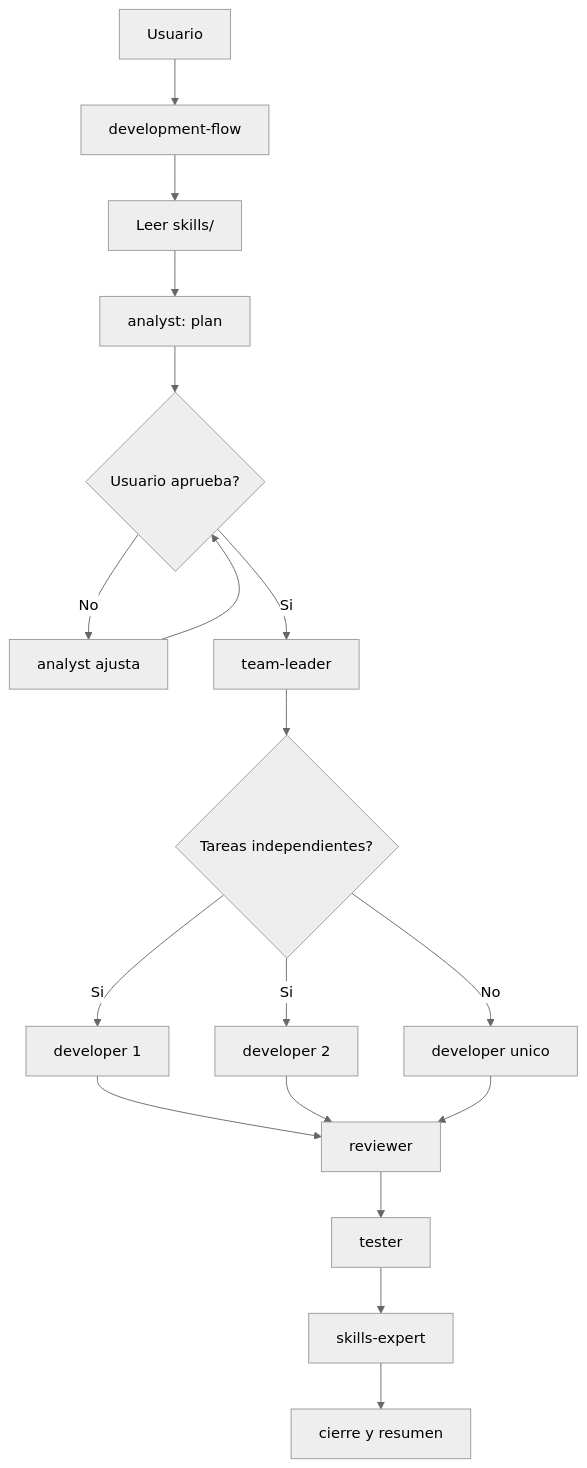
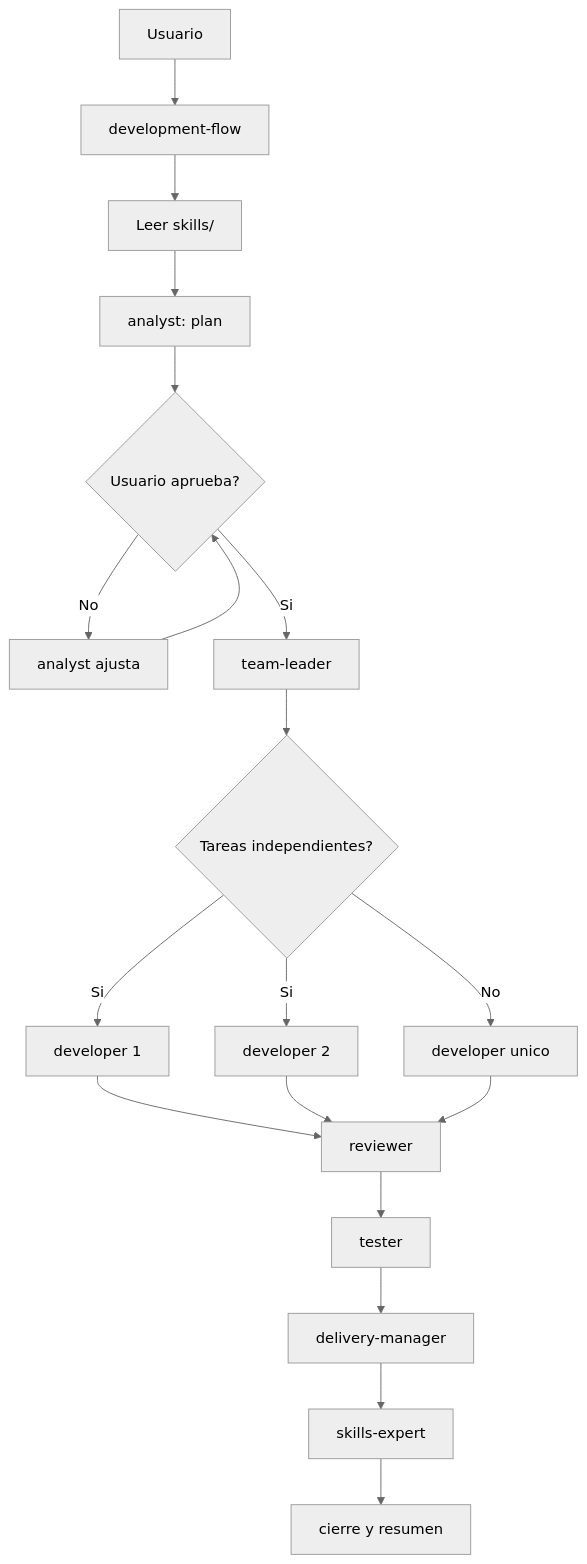
One commit to yasniel1408/inventory-reservation-system changed the diagram in .agents/ARCHITECTURE.md. Above: the diagram before and after it, drawn with Mermaid (neutral theme). The commit also changed other lines of this file and 20 other files, not shown here.

First line of the commit message:
feat: introduce delivery-manager role and handoff process

````diff
--- a/.agents/ARCHITECTURE.md
+++ b/.agents/ARCHITECTURE.md
@@ -325,20 +366,21 @@
 ```mermaid
 flowchart TD
     U["Usuario"] --> DF["development-flow"]
     DF --> SK["Leer skills/"]
     SK --> A["analyst: plan"]
     A --> G{"Usuario aprueba?"}
     G -- "No" --> AX["analyst ajusta"]
     AX --> G
     G -- "Si" --> TL["team-leader"]
     TL --> P{"Tareas independientes?"}
     P -- "Si" --> D1["developer 1"]
     P -- "Si" --> D2["developer 2"]
     P -- "No" --> D["developer unico"]
     D1 --> R["reviewer"]
     D2 --> R
     D --> R
     R --> T["tester"]
-    T --> SE["skills-expert"]
+    T --> DM["delivery-manager"]
+    DM --> SE["skills-expert"]
     SE --> C["cierre y resumen"]
 ```
````
